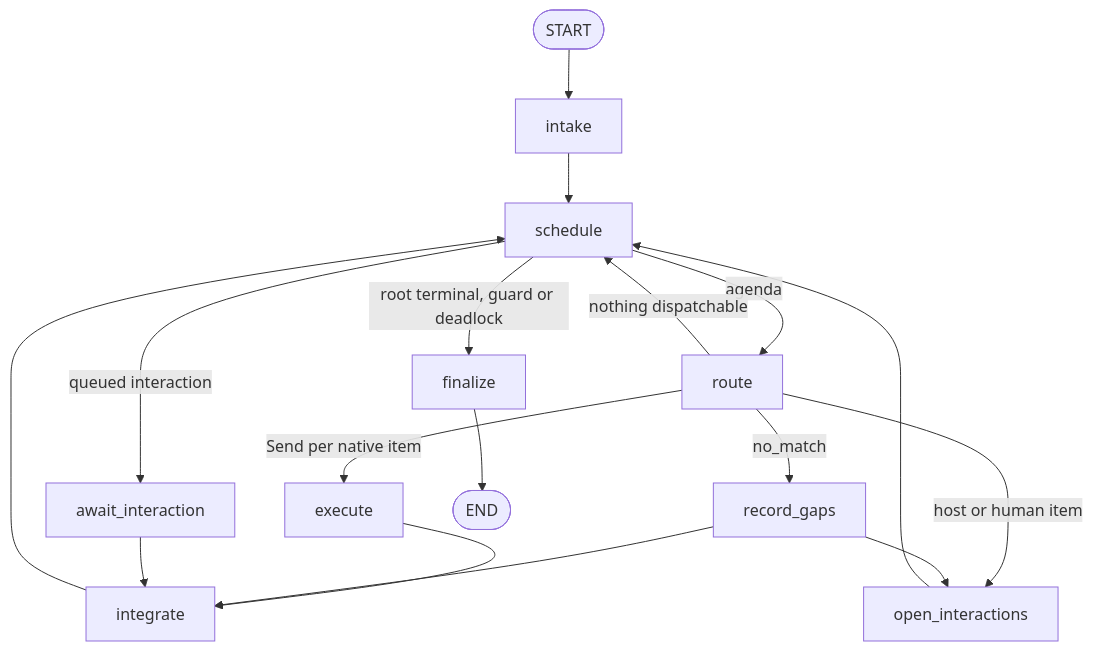
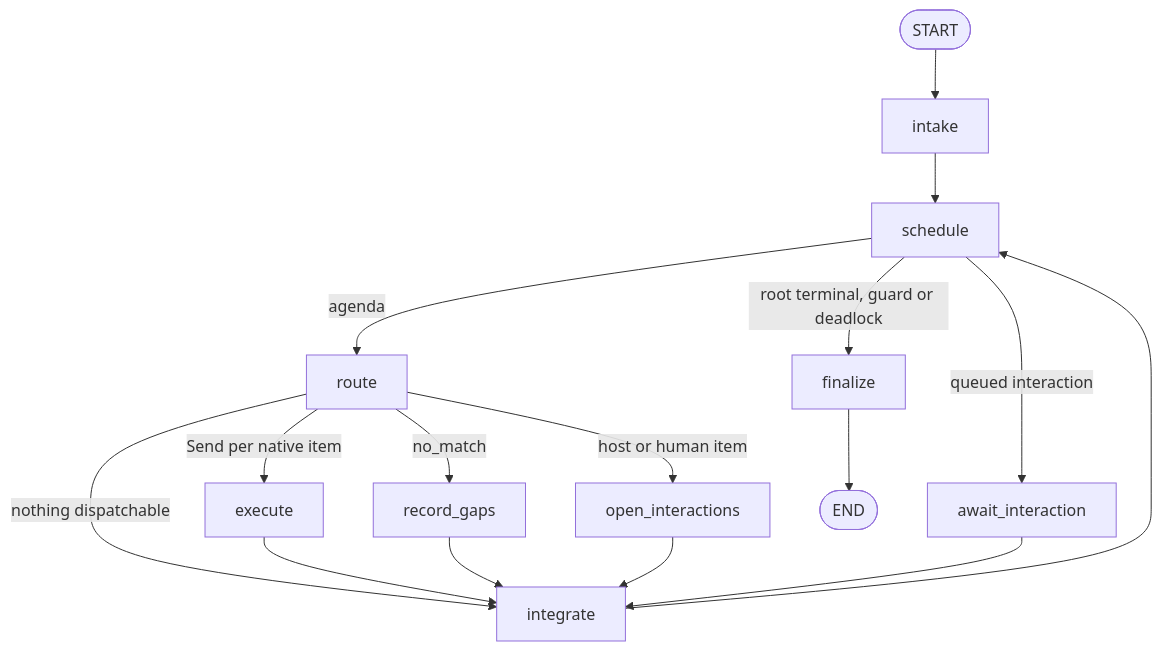
One commit to urlmonitor/leafcutter-ai changed the diagram in docs/analysis/2026-09-30-decision-kernel-design-3-kernel-scheduler.md. Above: the diagram before and after it, drawn with Mermaid. The commit also changed other lines of this file and 5 other files, not shown here.

````diff
--- a/docs/analysis/2026-09-30-decision-kernel-design-3-kernel-scheduler.md
+++ b/docs/analysis/2026-09-30-decision-kernel-design-3-kernel-scheduler.md
@@ -80,19 +85,18 @@
 ```mermaid
 flowchart TD
   S([START]) --> I[intake]
   I --> SC[schedule]
   SC -->|agenda| R[route]
   SC -->|queued interaction| AW[await_interaction]
   SC -->|root terminal, guard or deadlock| F[finalize]
   R -->|Send per native item| X[execute]
   R -->|host or human item| OI[open_interactions]
   R -->|no_match| G[record_gaps]
-  R -->|nothing dispatchable| SC
+  R -->|nothing dispatchable| IN
   X --> IN[integrate]
-  G --> OI
   G --> IN
-  OI --> SC
+  OI --> IN
   AW --> IN
   IN --> SC
   F --> E([END])
 ```
````
